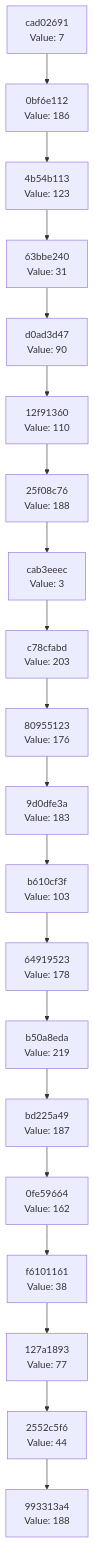
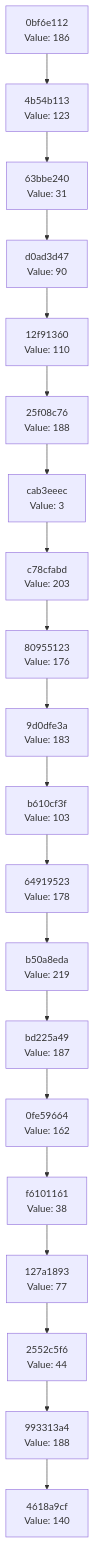
The diagram in docs/CHAIN_VISUALIZATION.md (Abhisheksinha1506/hash-chain-evolver), drawn with Mermaid before and after one commit. The commit also changed 3 other files, not shown here.

````diff
--- a/docs/CHAIN_VISUALIZATION.md
+++ b/docs/CHAIN_VISUALIZATION.md
@@ -3,42 +3,42 @@
 ```mermaid
 graph TD
-    C0["993313a4<br/>Value: 188"]
-    C1["2552c5f6<br/>Value: 44"]
+    C0["4618a9cf<br/>Value: 140"]
+    C1["993313a4<br/>Value: 188"]
     C1 --> C0
-    C2["127a1893<br/>Value: 77"]
+    C2["2552c5f6<br/>Value: 44"]
     C2 --> C1
-    C3["f6101161<br/>Value: 38"]
+    C3["127a1893<br/>Value: 77"]
     C3 --> C2
-    C4["0fe59664<br/>Value: 162"]
+    C4["f6101161<br/>Value: 38"]
     C4 --> C3
-    C5["bd225a49<br/>Value: 187"]
+    C5["0fe59664<br/>Value: 162"]
     C5 --> C4
-    C6["b50a8eda<br/>Value: 219"]
+    C6["bd225a49<br/>Value: 187"]
     C6 --> C5
-    C7["64919523<br/>Value: 178"]
+    C7["b50a8eda<br/>Value: 219"]
     C7 --> C6
-    C8["b610cf3f<br/>Value: 103"]
+    C8["64919523<br/>Value: 178"]
     C8 --> C7
-    C9["9d0dfe3a<br/>Value: 183"]
+    C9["b610cf3f<br/>Value: 103"]
     C9 --> C8
-    C10["80955123<br/>Value: 176"]
+    C10["9d0dfe3a<br/>Value: 183"]
     C10 --> C9
-    C11["c78cfabd<br/>Value: 203"]
+    C11["80955123<br/>Value: 176"]
     C11 --> C10
-    C12["cab3eeec<br/>Value: 3"]
+    C12["c78cfabd<br/>Value: 203"]
     C12 --> C11
-    C13["25f08c76<br/>Value: 188"]
+    C13["cab3eeec<br/>Value: 3"]
     C13 --> C12
-    C14["12f91360<br/>Value: 110"]
+    C14["25f08c76<br/>Value: 188"]
     C14 --> C13
-    C15["d0ad3d47<br/>Value: 90"]
+    C15["12f91360<br/>Value: 110"]
     C15 --> C14
-    C16["63bbe240<br/>Value: 31"]
+    C16["d0ad3d47<br/>Value: 90"]
     C16 --> C15
-    C17["4b54b113<br/>Value: 123"]
+    C17["63bbe240<br/>Value: 31"]
     C17 --> C16
-    C18["0bf6e112<br/>Value: 186"]
+    C18["4b54b113<br/>Value: 123"]
     C18 --> C17
-    C19["cad02691<br/>Value: 7"]
+    C19["0bf6e112<br/>Value: 186"]
     C19 --> C18
 ```
````
